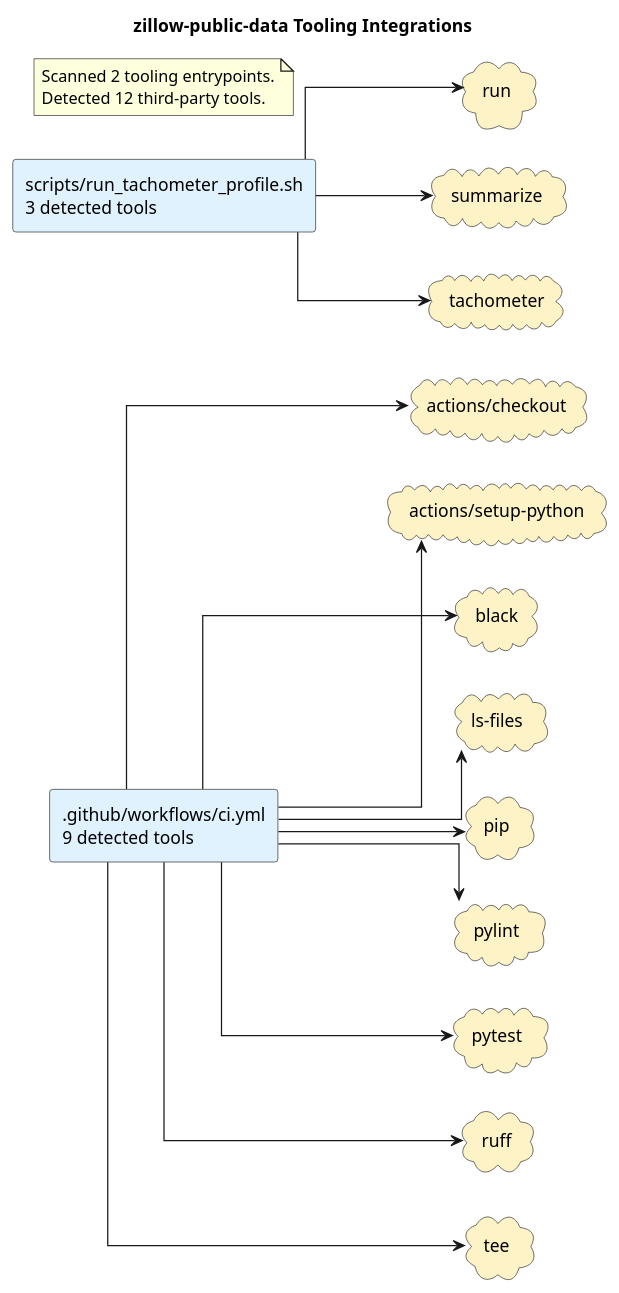
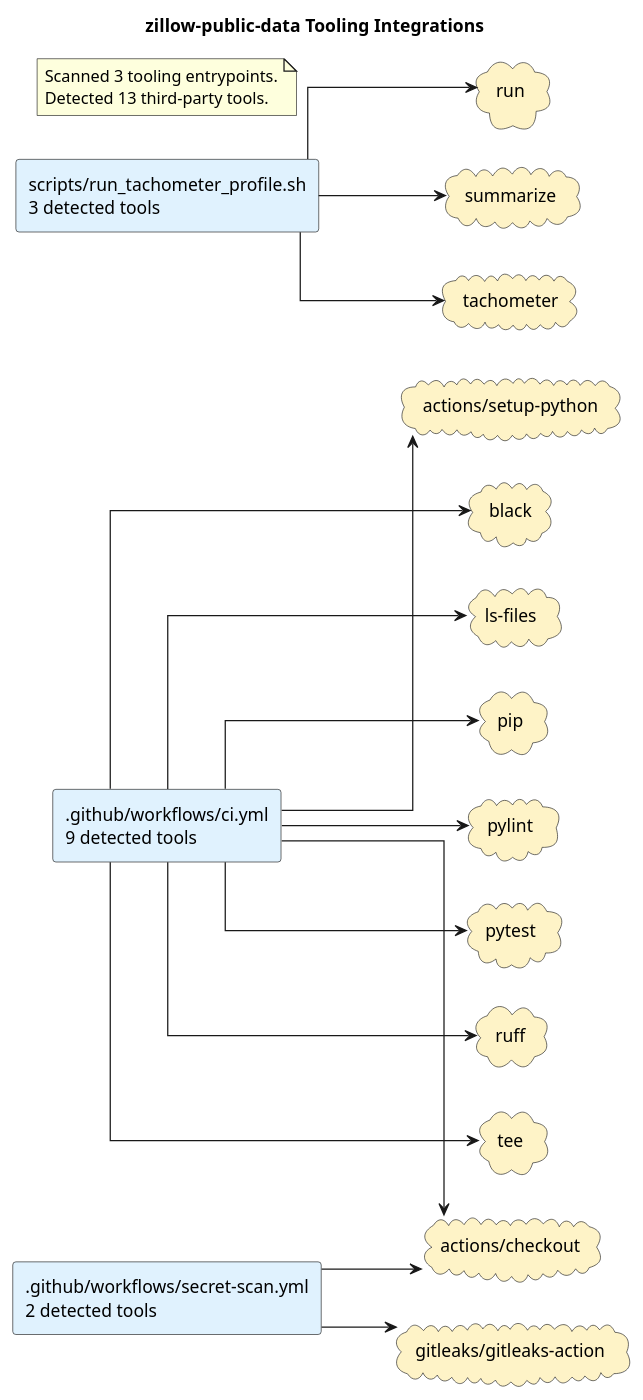
The diagram in docs/diagrams/tooling-integrations.puml (casonk/zillow-public-data), drawn with PlantUML before and after one commit. The commit also changed 5 other files, not shown here.

First line of the commit message:
docs: refresh diagrams; ci: exclude baseline from workspace-path scan

```diff
--- a/docs/diagrams/tooling-integrations.puml
+++ b/docs/diagrams/tooling-integrations.puml
@@ -1,38 +1,42 @@
 @startuml
 title zillow-public-data Tooling Integrations
 left to right direction
 skinparam shadowing false
 skinparam defaultFontName Monospace
 skinparam componentStyle rectangle
 skinparam linetype ortho
 rectangle ".github/workflows/ci.yml\n9 detected tools" as source_github_workflows_ci_yml #E0F2FE
+rectangle ".github/workflows/secret-scan.yml\n2 detected tools" as source_github_workflows_secret_scan_yml #E0F2FE
 rectangle "scripts/run_tachometer_profile.sh\n3 detected tools" as source_scripts_run_tachometer_profile_sh #E0F2FE
 cloud "actions/checkout" as tool_actions_checkout #FEF3C7
 cloud "actions/setup-python" as tool_actions_setup_python #FEF3C7
 cloud "black" as tool_black #FEF3C7
+cloud "gitleaks/gitleaks-action" as tool_gitleaks_gitleaks_action #FEF3C7
 cloud "ls-files" as tool_ls_files #FEF3C7
 cloud "pip" as tool_pip #FEF3C7
 cloud "pylint" as tool_pylint #FEF3C7
 cloud "pytest" as tool_pytest #FEF3C7
 cloud "ruff" as tool_ruff #FEF3C7
 cloud "run" as tool_run #FEF3C7
 cloud "summarize" as tool_summarize #FEF3C7
 cloud "tachometer" as tool_tachometer #FEF3C7
 cloud "tee" as tool_tee #FEF3C7
 source_github_workflows_ci_yml --> tool_actions_checkout
 source_github_workflows_ci_yml --> tool_actions_setup_python
 source_github_workflows_ci_yml --> tool_black
 source_github_workflows_ci_yml --> tool_ls_files
 source_github_workflows_ci_yml --> tool_pip
 source_github_workflows_ci_yml --> tool_pylint
 source_github_workflows_ci_yml --> tool_pytest
 source_github_workflows_ci_yml --> tool_ruff
 source_github_workflows_ci_yml --> tool_tee
+source_github_workflows_secret_scan_yml --> tool_actions_checkout
+source_github_workflows_secret_scan_yml --> tool_gitleaks_gitleaks_action
 source_scripts_run_tachometer_profile_sh --> tool_run
 source_scripts_run_tachometer_profile_sh --> tool_summarize
 source_scripts_run_tachometer_profile_sh --> tool_tachometer
 note as toolingGraphSummary
-Scanned 2 tooling entrypoints.
-Detected 12 third-party tools.
+Scanned 3 tooling entrypoints.
+Detected 13 third-party tools.
 end note
 @enduml
```
